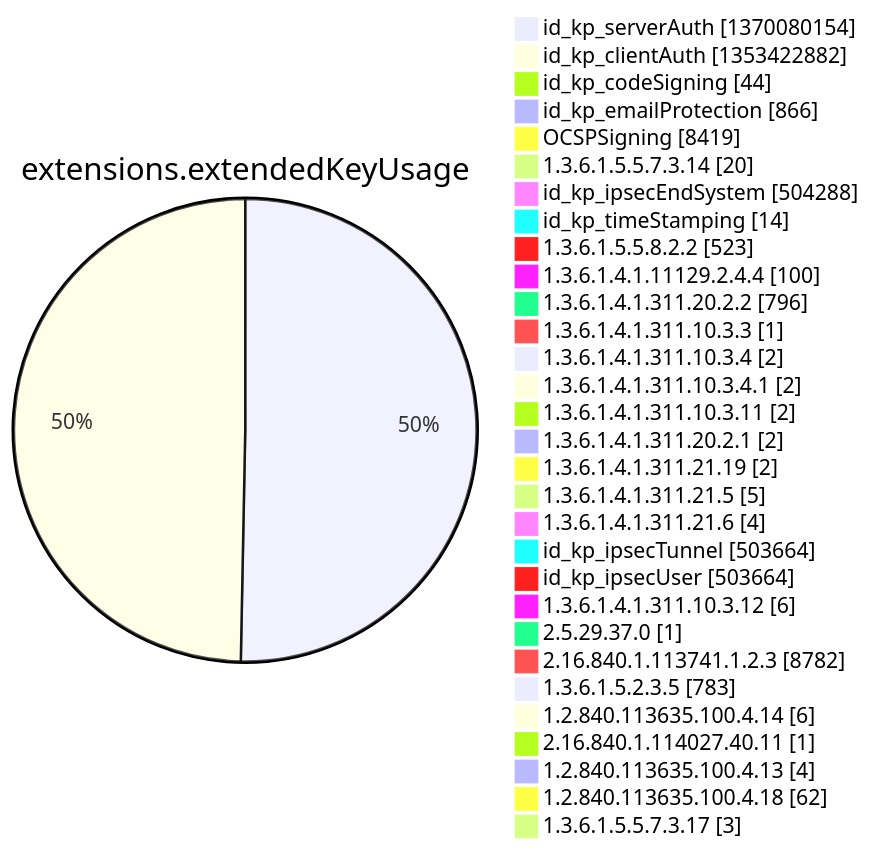
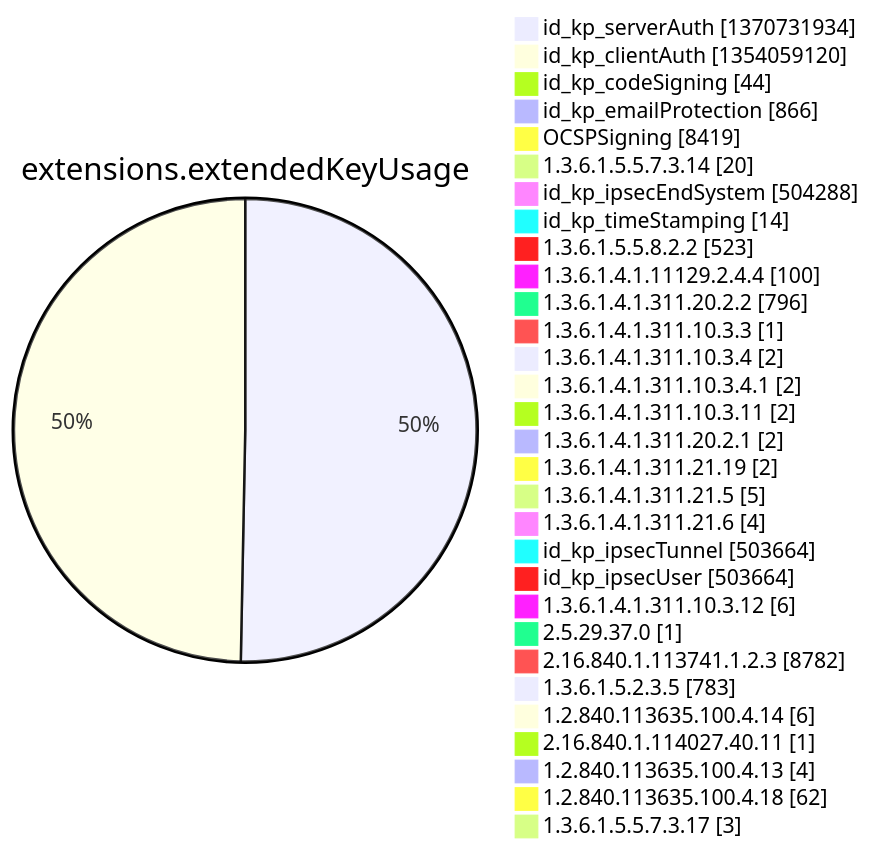
One commit to christiankrug/ctmonitor_visualization changed diagram 12 of 15 in argon2022/README.md. Above: the diagram before and after it, drawn with Mermaid. The commit also changed other lines of this file, not shown here.

````diff
--- a/argon2022/README.md
+++ b/argon2022/README.md
@@ -3553,34 +3553,34 @@
 ```mermaid
 pie showData
 title extensions.extendedKeyUsage
-"id_kp_serverAuth" :1370080154
-"id_kp_clientAuth" :1353422882
+"id_kp_serverAuth" :1370731934
+"id_kp_clientAuth" :1354059120
 "id_kp_codeSigning" :44
 "id_kp_emailProtection" :866
 "OCSPSigning" :8419
 "1.3.6.1.5.5.7.3.14" :20
 "id_kp_ipsecEndSystem" :504288
 "id_kp_timeStamping" :14
 "1.3.6.1.5.5.8.2.2" :523
 "1.3.6.1.4.1.11129.2.4.4" :100
 "1.3.6.1.4.1.311.20.2.2" :796
 "1.3.6.1.4.1.311.10.3.3" :1
 "1.3.6.1.4.1.311.10.3.4" :2
 "1.3.6.1.4.1.311.10.3.4.1" :2
 "1.3.6.1.4.1.311.10.3.11" :2
 "1.3.6.1.4.1.311.20.2.1" :2
 "1.3.6.1.4.1.311.21.19" :2
 "1.3.6.1.4.1.311.21.5" :5
 "1.3.6.1.4.1.311.21.6" :4
 "id_kp_ipsecTunnel" :503664
 "id_kp_ipsecUser" :503664
 "1.3.6.1.4.1.311.10.3.12" :6
 "2.5.29.37.0" :1
 "2.16.840.1.113741.1.2.3" :8782
 "1.3.6.1.5.2.3.5" :783
 "1.2.840.113635.100.4.14" :6
 "2.16.840.1.114027.40.11" :1
 "1.2.840.113635.100.4.13" :4
 "1.2.840.113635.100.4.18" :62
 "1.3.6.1.5.5.7.3.17" :3
 ```
````
